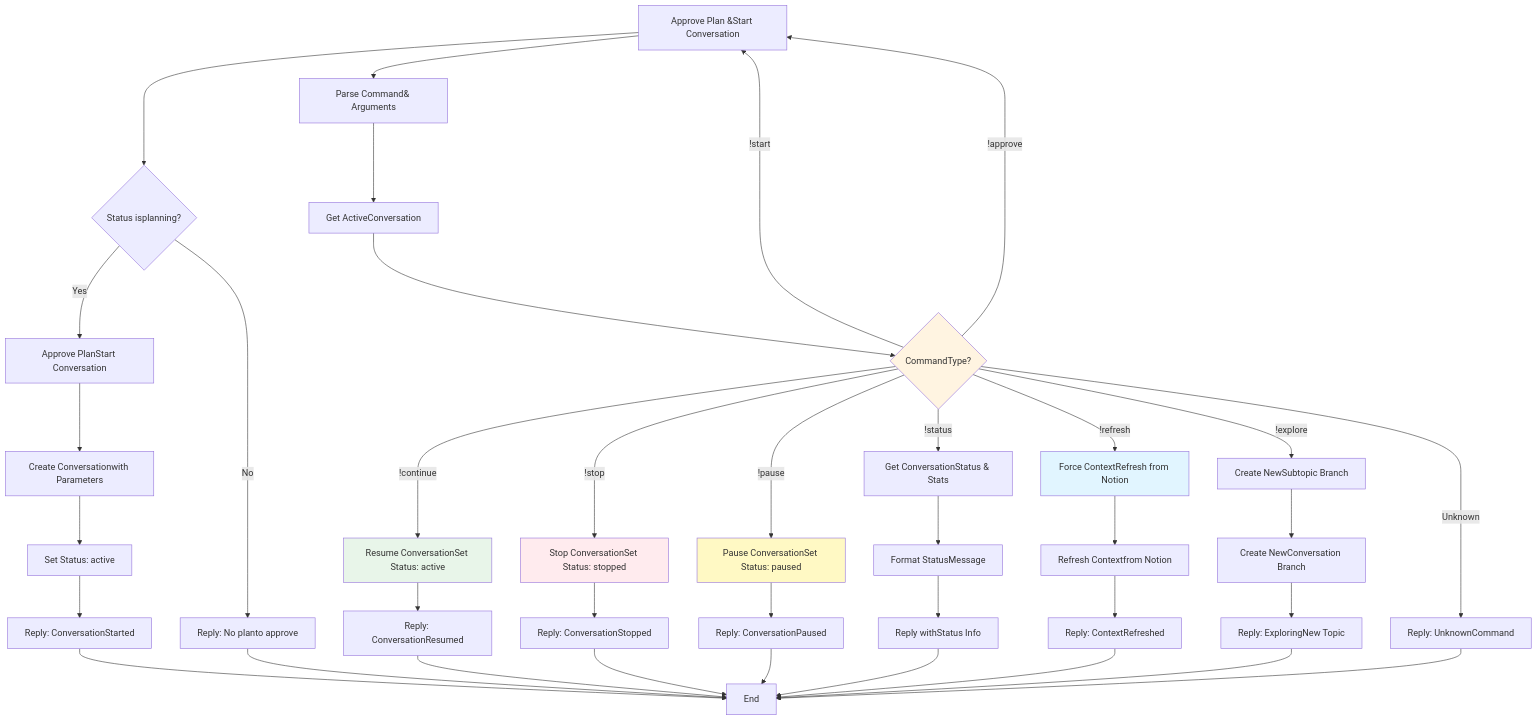
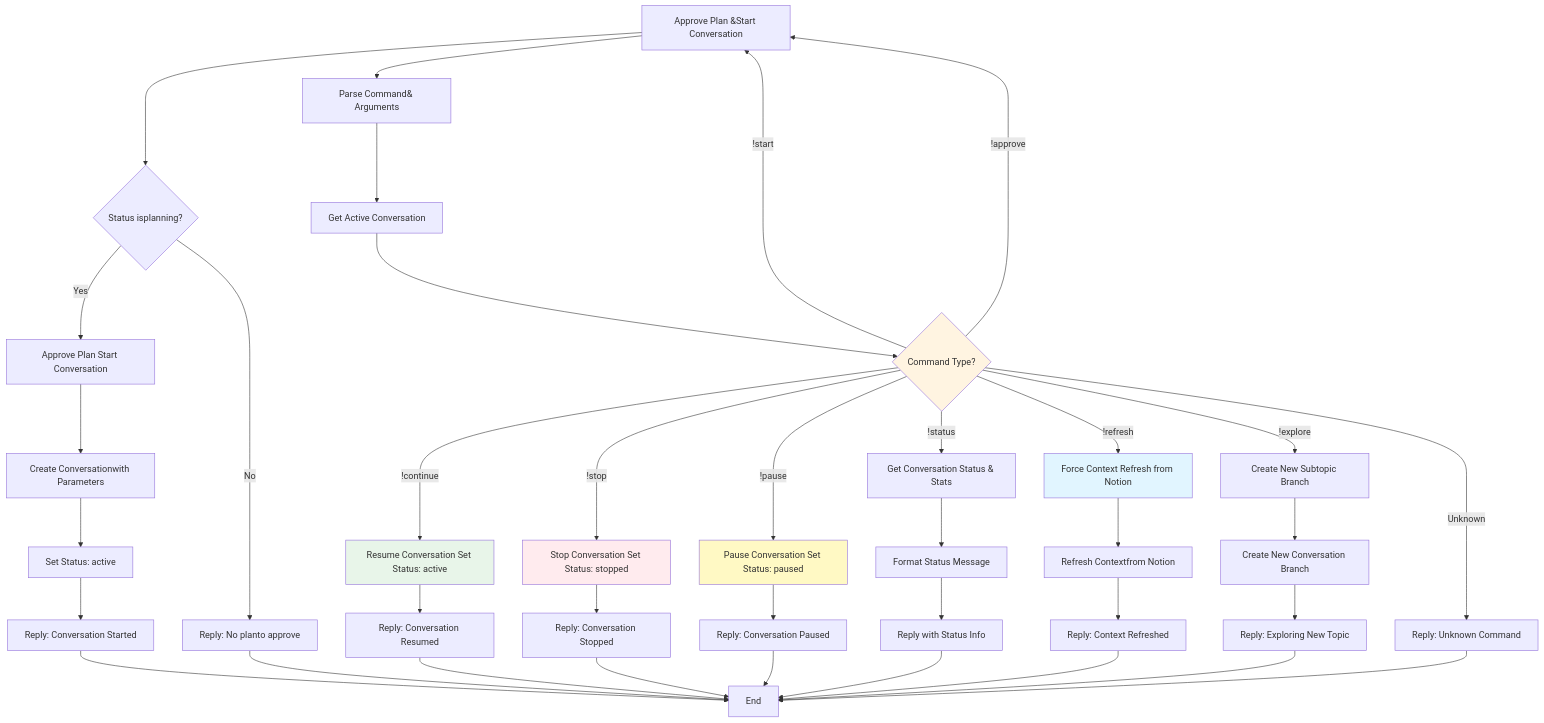
Diagram 16 of 16 in ARCHITECTURE.md (jak-pan/super-brainstorm-bot), drawn with Mermaid before and after one commit. The commit also changed other lines of this file, not shown here.

Commit message:
Fix: Add missing spaces in Mermaid diagram labels after br tag removal

````diff
--- a/ARCHITECTURE.md
+++ b/ARCHITECTURE.md
@@ -1226,49 +1226,49 @@
 ```mermaid
 flowchart TD
-    Start[Discord CommandStarts with !] --> Parse[Parse Command& Arguments]
-    Parse --> GetConversation[Get ActiveConversation]
-    GetConversation --> CheckCommand{CommandType?}
+    Start[Discord Command Starts with !] --> Parse[Parse Command& Arguments]
+    Parse --> GetConversation[Get Active Conversation]
+    GetConversation --> CheckCommand{Command Type?}
     
     CheckCommand -->|!start| Start[Approve Plan &Start Conversation]
     CheckCommand -->|!approve| Start
-    CheckCommand -->|!continue| Continue[Resume ConversationSet Status: active]
-    CheckCommand -->|!stop| Stop[Stop ConversationSet Status: stopped]
-    CheckCommand -->|!pause| Pause[Pause ConversationSet Status: paused]
-    CheckCommand -->|!status| Status[Get ConversationStatus & Stats]
-    CheckCommand -->|!refresh| Refresh[Force ContextRefresh from Notion]
-    CheckCommand -->|!explore| Explore[Create NewSubtopic Branch]
-    CheckCommand -->|Unknown| Unknown[Reply: UnknownCommand]
+    CheckCommand -->|!continue| Continue[Resume Conversation Set Status: active]
+    CheckCommand -->|!stop| Stop[Stop Conversation Set Status: stopped]
+    CheckCommand -->|!pause| Pause[Pause Conversation Set Status: paused]
+    CheckCommand -->|!status| Status[Get Conversation Status & Stats]
+    CheckCommand -->|!refresh| Refresh[Force Context Refresh from Notion]
+    CheckCommand -->|!explore| Explore[Create New Subtopic Branch]
+    CheckCommand -->|Unknown| Unknown[Reply: Unknown Command]
     
     Start --> CheckPlanning{Status isplanning?}
-    CheckPlanning -->|Yes| ApprovePlan[Approve PlanStart Conversation]
+    CheckPlanning -->|Yes| ApprovePlan[Approve Plan Start Conversation]
     CheckPlanning -->|No| ReplyNotPlanning[Reply: No planto approve]
     ApprovePlan --> CreateConv[Create Conversationwith Parameters]
     CreateConv --> SetActive[Set Status: active]
-    SetActive --> ReplyStarted[Reply: ConversationStarted]
+    SetActive --> ReplyStarted[Reply: Conversation Started]
     
-    Continue --> ReplyContinue[Reply: ConversationResumed]
-    Stop --> ReplyStop[Reply: ConversationStopped]
-    Pause --> ReplyPause[Reply: ConversationPaused]
-    Status --> FormatStatus[Format StatusMessage]
-    FormatStatus --> ReplyStatus[Reply withStatus Info]
+    Continue --> ReplyContinue[Reply: Conversation Resumed]
+    Stop --> ReplyStop[Reply: Conversation Stopped]
+    Pause --> ReplyPause[Reply: Conversation Paused]
+    Status --> FormatStatus[Format Status Message]
+    FormatStatus --> ReplyStatus[Reply with Status Info]
     Refresh --> RefreshContext[Refresh Contextfrom Notion]
-    RefreshContext --> ReplyRefresh[Reply: ContextRefreshed]
-    Explore --> CreateBranch[Create NewConversation Branch]
-    CreateBranch --> ReplyExplore[Reply: ExploringNew Topic]
+    RefreshContext --> ReplyRefresh[Reply: Context Refreshed]
+    Explore --> CreateBranch[Create New Conversation Branch]
+    CreateBranch --> ReplyExplore[Reply: Exploring New Topic]
     
     ReplyStarted --> End[End]
     ReplyNotPlanning --> End
     ReplyContinue --> End[End]
     ReplyStop --> End
     ReplyPause --> End
     ReplyStatus --> End
     ReplyRefresh --> End
     ReplyExplore --> End
     Unknown --> End
     
     style CheckCommand fill:#fff4e1
     style Continue fill:#e8f5e9
     style Stop fill:#ffebee
     style Pause fill:#fff9c4
     style Refresh fill:#e1f5ff
 ```
````
